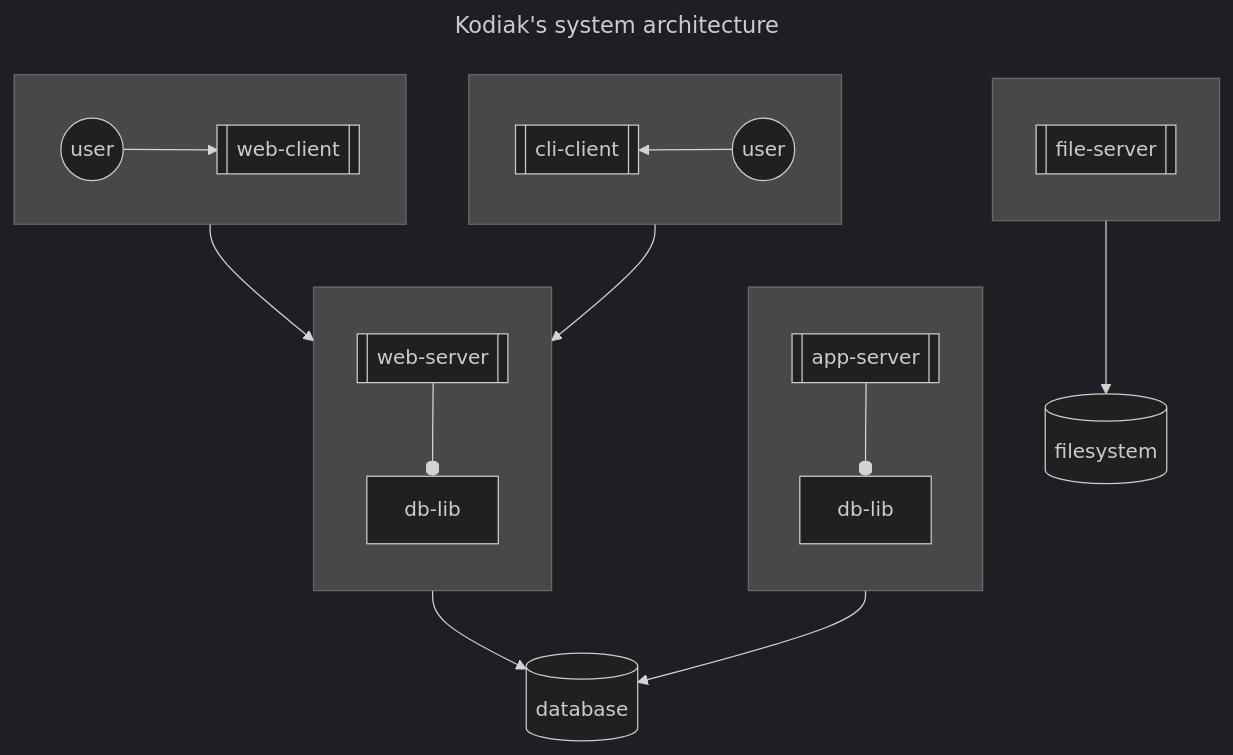
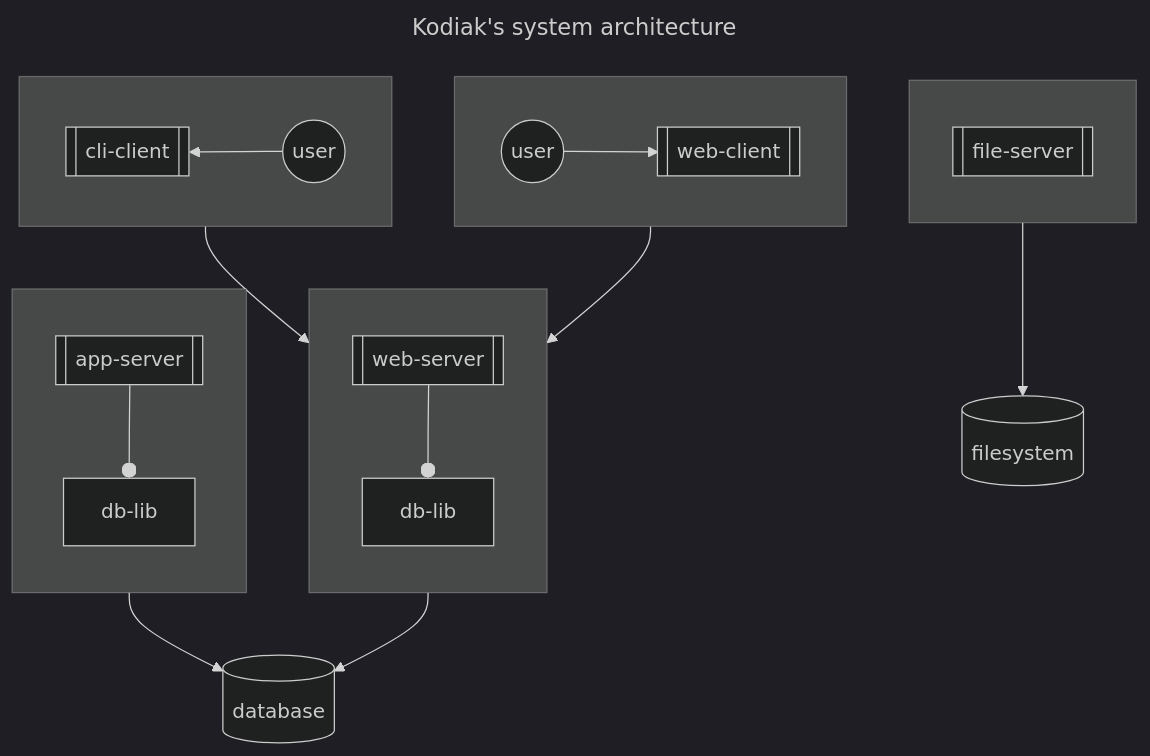
Before and after one commit to polarlabs/kodiak-diagrams: the first of 2 diagrams in SYSTEM-ARCHITECTURE.md, drawn with Mermaid (dark theme).

Commit message:
fix: rearrange arrows.

````diff
--- a/SYSTEM-ARCHITECTURE.md
+++ b/SYSTEM-ARCHITECTURE.md
@@ -5,32 +5,32 @@
 ```mermaid
 ---
 title: Kodiak's system architecture
 ---
 flowchart TB
   direction TB
   subgraph user-web[ ]
     direction LR
     web-user((user)) --> web-client[[web-client]]
   end
   subgraph user-cli[ ]
     direction RL
     cli-user((user)) --> cli-client[[cli-client]]
   end
   subgraph file-server[ ]
     direction TB
     file-server.pro[[file-server]]
   end
   subgraph web-server[ ]
     direction TB
     web-server.pro[[web-server]] --o web-server.db-lib[db-lib]
   end
   subgraph app-server[ ]
     direction TB
     app-server.pro[[app-server]] --o app-server.db-lib[db-lib]
   end
-  user-web --> web-server
-  user-cli --> web-server
+  web-client --> web-server.pro
+  cli-client --> web-server.pro
   file-server --> filesystem[(filesystem)]
   web-server --> database[(database)]
   app-server --> database[(database)]
 ```
````
